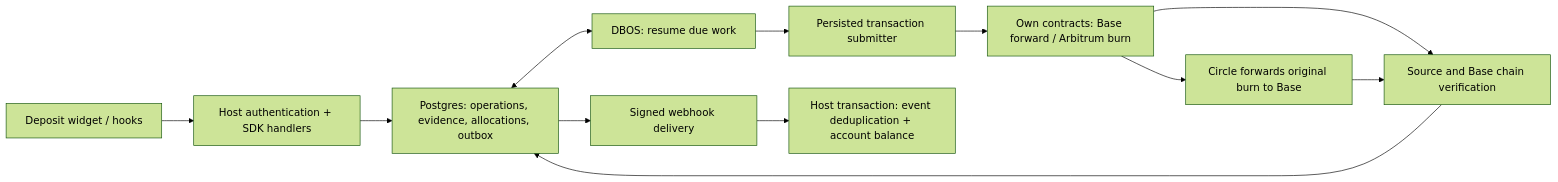
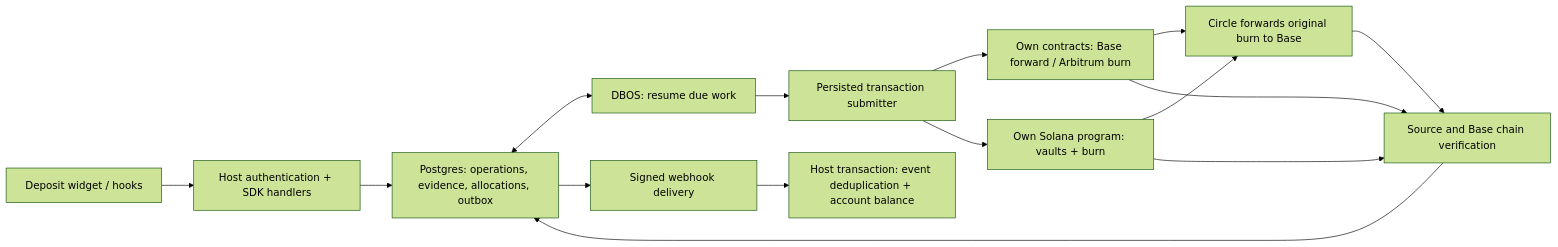
The first of 2 diagrams in docs/plans/2026-10-15-deposit-sdk-technical-design.md (hivinaynair/settle-kit), drawn with Mermaid (forest theme) before and after one commit. The commit also changed other lines of this file and 29 other files, not shown here.

Commit message:
docs: plan Solana USDC deposits settling to Base

````diff
--- a/docs/plans/2026-10-15-deposit-sdk-technical-design.md
+++ b/docs/plans/2026-10-15-deposit-sdk-technical-design.md
@@ -13,14 +13,17 @@
 ```mermaid
 flowchart LR
     U["Deposit widget / hooks"] --> H["Host authentication + SDK handlers"]
     H --> DB["Postgres: operations, evidence, allocations, outbox"]
     DB <--> W["DBOS: resume due work"]
     W --> S["Persisted transaction submitter"]
     S --> C["Own contracts: Base forward / Arbitrum burn"]
-    C --> F["Circle forwards original burn to Base"]
+    S --> P["Own Solana program: vaults + burn"]
+    P --> F["Circle forwards original burn to Base"]
+    C --> F
     C --> V["Source and Base chain verification"]
+    P --> V
     F --> V
     V --> DB
     DB --> E["Signed webhook delivery"]
     E --> B["Host transaction: event deduplication + account balance"]
 ```
````
